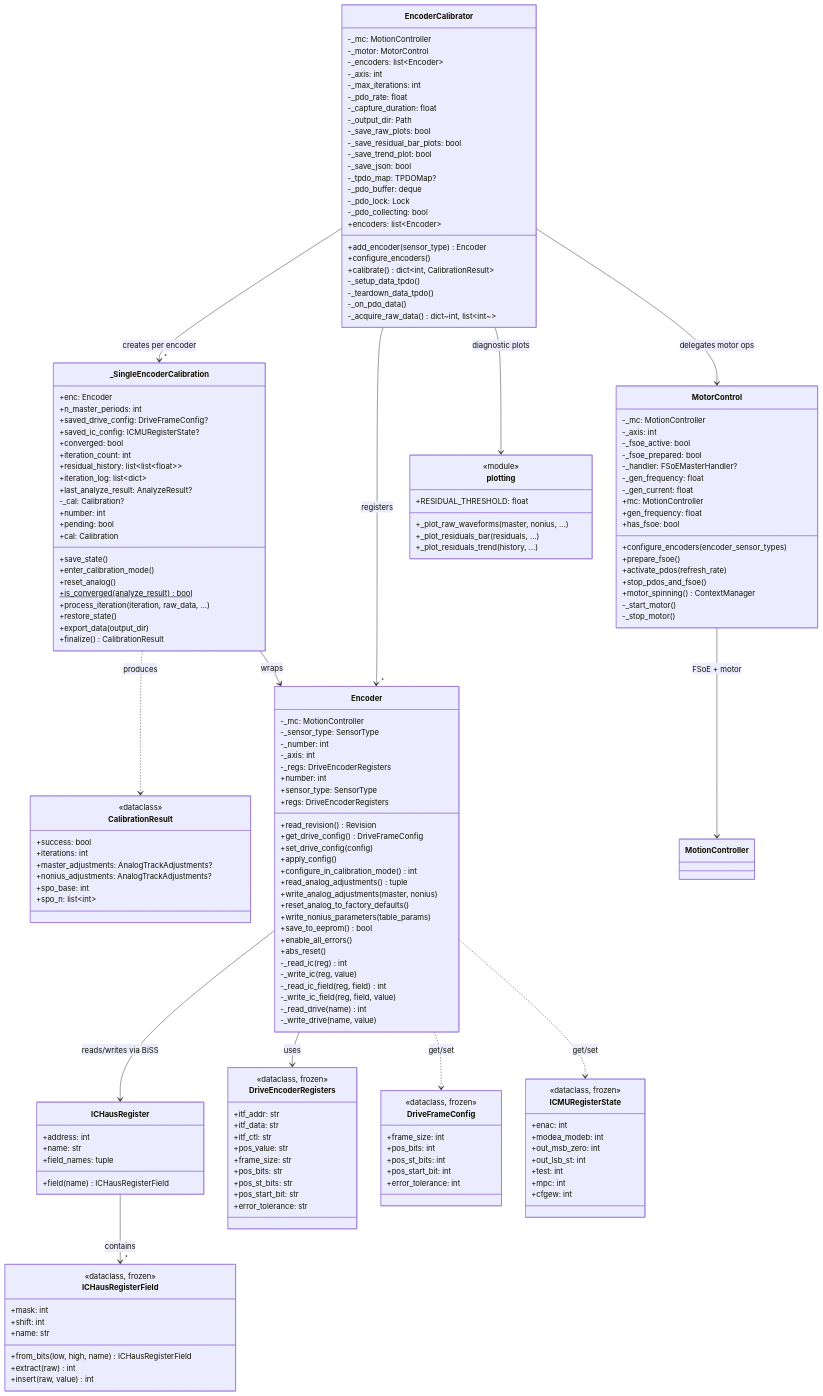
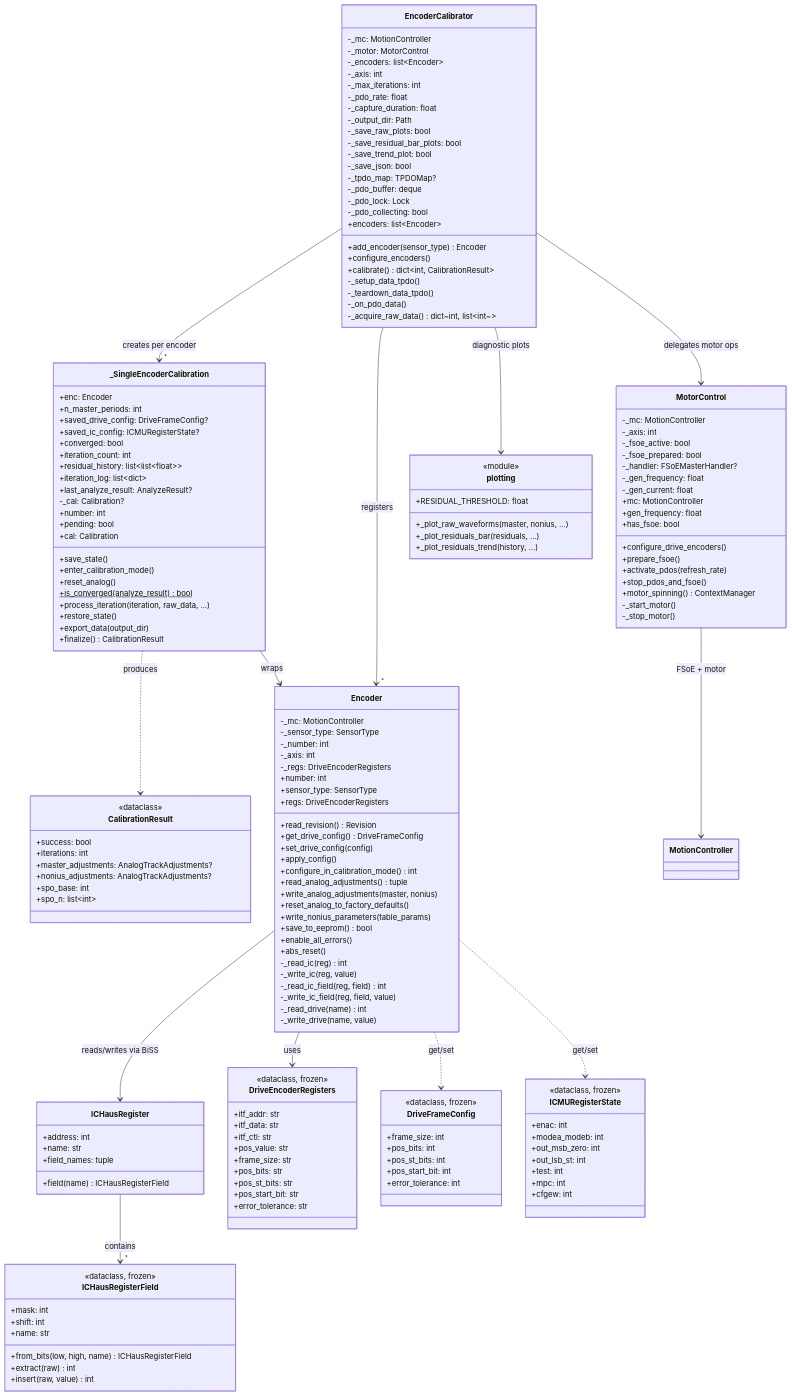
Before and after one commit to ingeniamc/iC-Haus-magnetic-encoder-calibration: the third of 3 diagrams in architecture.md, drawn with Mermaid. The commit also changed other lines of this file and 1 other file, not shown here.

Commit message:
Update README and architecture.

```diff
--- a/architecture.md
+++ b/architecture.md
@@ -352,7 +352,7 @@
         +mc: MotionController
         +gen_frequency: float
         +has_fsoe: bool
-        +configure_encoders(encoder_sensor_types)
+        +configure_drive_encoders()
         +prepare_fsoe()
         +activate_pdos(refresh_rate)
         +stop_pdos_and_fsoe()
```
